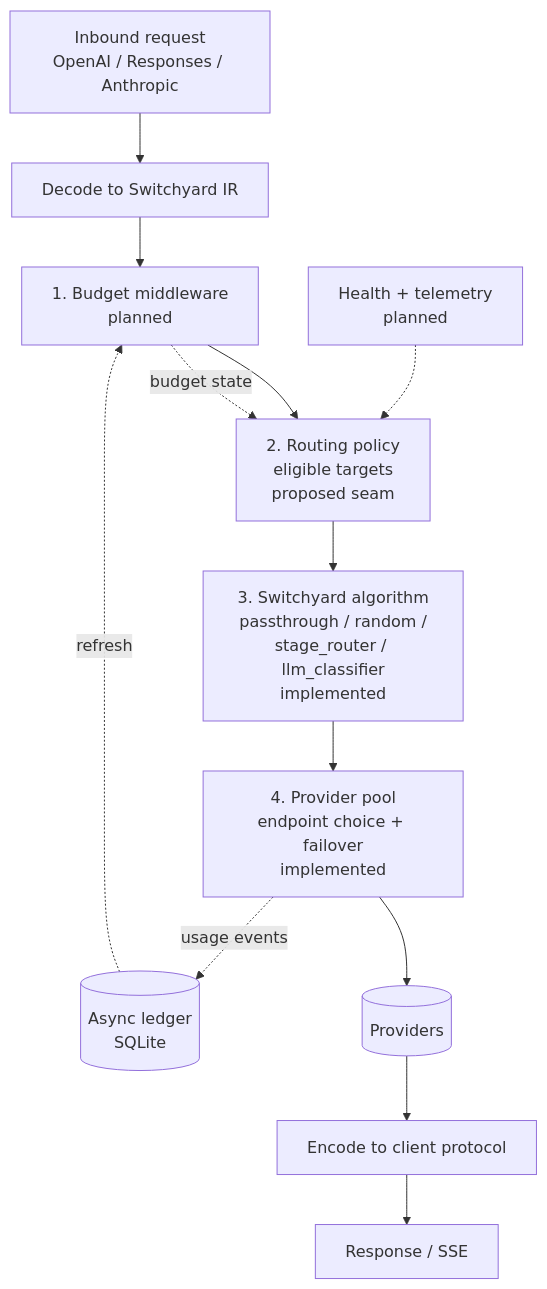
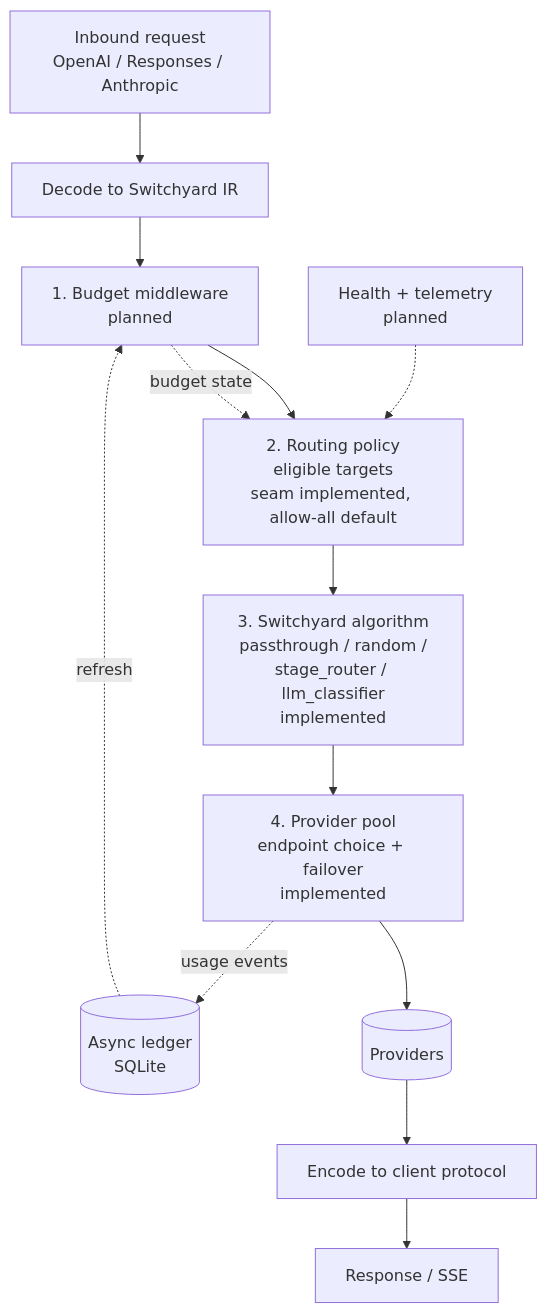
The second of 2 diagrams in docs/architecture.md (gschaetz/humpyard), drawn with Mermaid before and after one commit. The commit also changed other lines of this file and 9 other files, not shown here.

Commit message:
Routing policy seam, tier substitution, 503 when none eligible; routing docs

````diff
--- a/docs/architecture.md
+++ b/docs/architecture.md
@@ -44,15 +45,15 @@
 ```mermaid
 flowchart TD
     IN[Inbound request<br/>OpenAI / Responses / Anthropic] --> DEC[Decode to Switchyard IR]
     DEC --> BUD[1. Budget middleware<br/>planned]
-    BUD --> POL[2. Routing policy<br/>eligible targets<br/>proposed seam]
+    BUD --> POL[2. Routing policy<br/>eligible targets<br/>seam implemented, allow-all default]
     POL --> ALG[3. Switchyard algorithm<br/>passthrough / random /<br/>stage_router / llm_classifier<br/>implemented]
     ALG --> POOL[4. Provider pool<br/>endpoint choice + failover<br/>implemented]
     POOL --> UPS[(Providers)]
     UPS --> ENC[Encode to client protocol]
     ENC --> OUT[Response / SSE]
     POOL -. usage events .-> LEDGER[(Async ledger<br/>SQLite)]
     LEDGER -. refresh .-> BUD
     HEALTH[Health + telemetry<br/>planned] -.-> POL
     BUD -. budget state .-> POL
 ```
````
